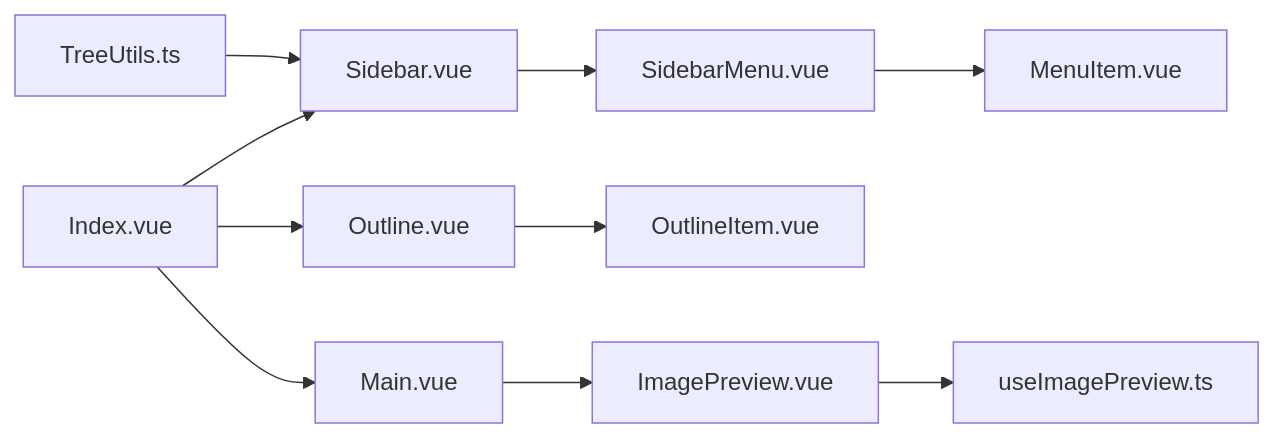
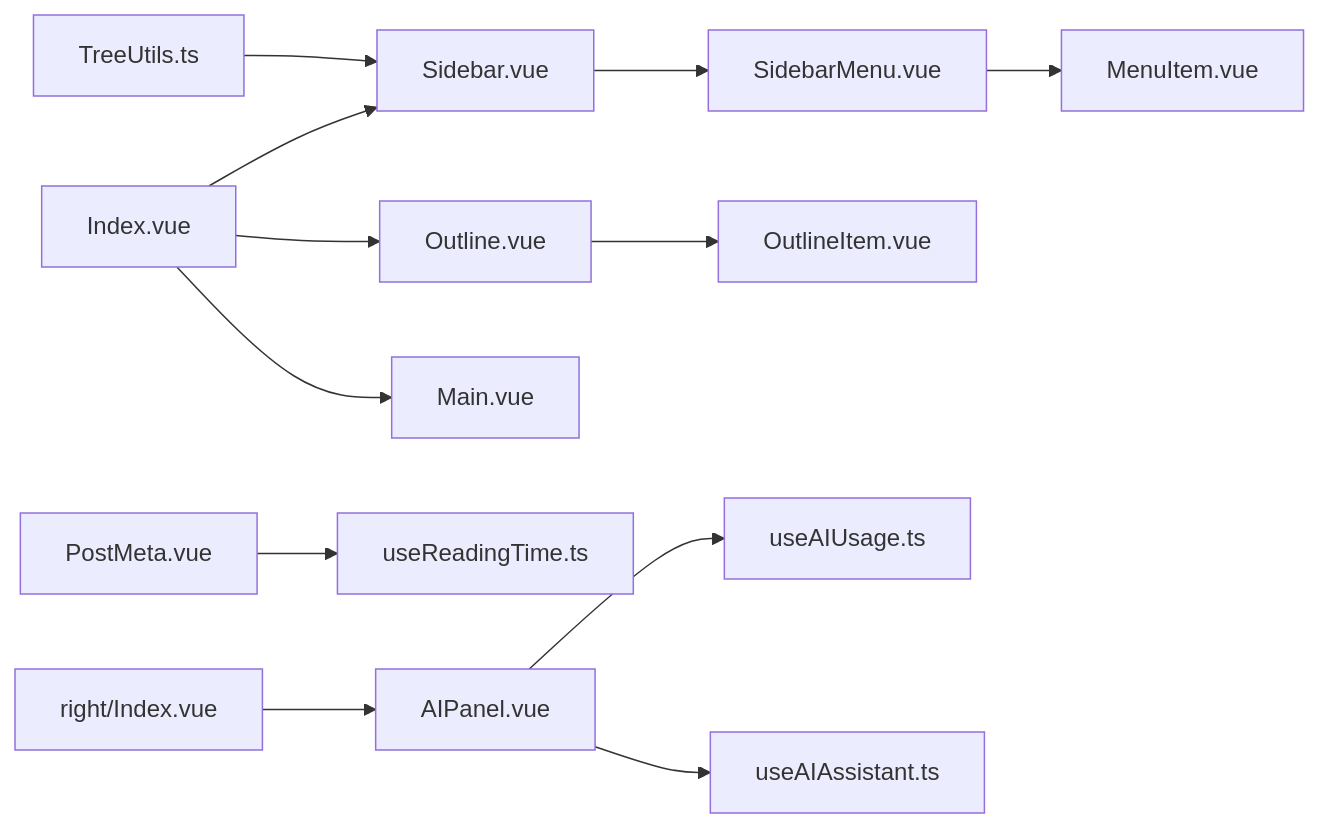
The eighth of 8 diagrams in .qoder/repowiki/zh/content/核心功能/UI 组件系统/内容组件.md (terwer/siyuan-plugin-blog), drawn with Mermaid before and after one commit. The commit also changed other lines of this file and 20 other files, not shown here.

````diff
--- a/.qoder/repowiki/zh/content/核心功能/UI 组件系统/内容组件.md
+++ b/.qoder/repowiki/zh/content/核心功能/UI 组件系统/内容组件.md
@@ -412,12 +477,14 @@
 ```mermaid
 graph LR
 TU["TreeUtils.ts"] --> SB["Sidebar.vue"]
 SB --> SMB["SidebarMenu.vue"]
 SMB --> MB["MenuItem.vue"]
 OUT["Outline.vue"] --> OI["OutlineItem.vue"]
 IDX["Index.vue"] --> SB
 IDX --> OUT
 IDX --> M["Main.vue"]
-M --> IP["ImagePreview.vue"]
-IP --> UV["useImagePreview.ts"]
+PM["PostMeta.vue"] --> RT["useReadingTime.ts"]
+R["right/Index.vue"] --> AIP["AIPanel.vue"]
+AIP --> UA["useAIUsage.ts"]
+AIP --> UAA["useAIAssistant.ts"]
 ```
````
